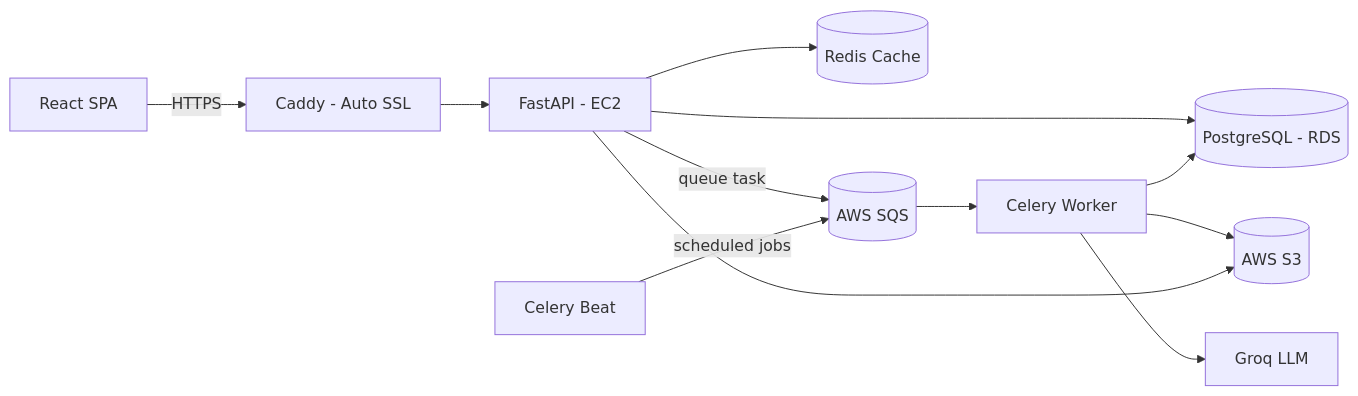
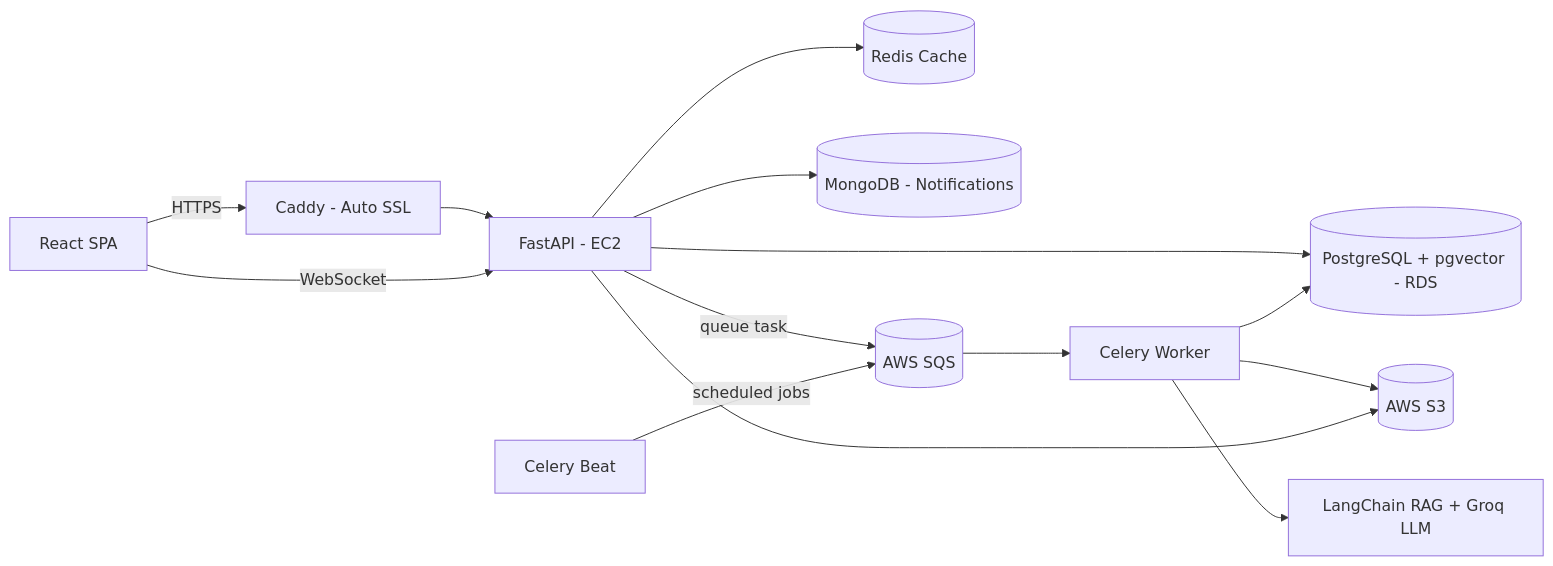
The diagram in README.md (edrian-a-marinas/sitesync-api), drawn with Mermaid before and after one commit. The commit also changed other lines of this file and 15 other files, not shown here.

````diff
--- a/README.md
+++ b/README.md
@@ -23,14 +26,16 @@
 ```mermaid
 flowchart LR
     Client[React SPA] -->|HTTPS| Proxy[Caddy - Auto SSL]
     Proxy --> API[FastAPI - EC2]
-    API --> DB[(PostgreSQL - RDS)]
+    API --> DB[(PostgreSQL + pgvector - RDS)]
     API --> Cache[(Redis Cache)]
+    API --> Mongo[(MongoDB - Notifications)]
+    Client -->|WebSocket| API
     API -->|queue task| Broker[(AWS SQS)]
     Broker --> Worker[Celery Worker]
     Worker --> DB
     Worker --> S3[(AWS S3)]
-    Worker --> LLM[Groq LLM]
+    Worker --> LLM[LangChain RAG + Groq LLM]
     Beat[Celery Beat] -->|scheduled jobs| Broker
     API --> S3
 ```
````
